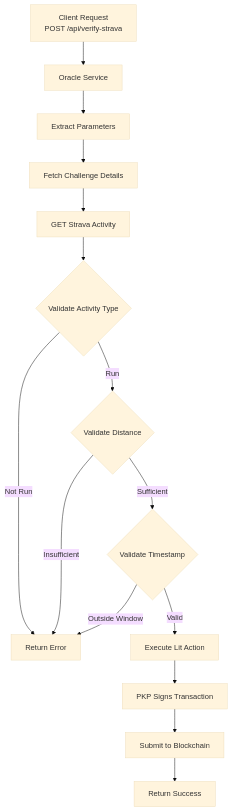
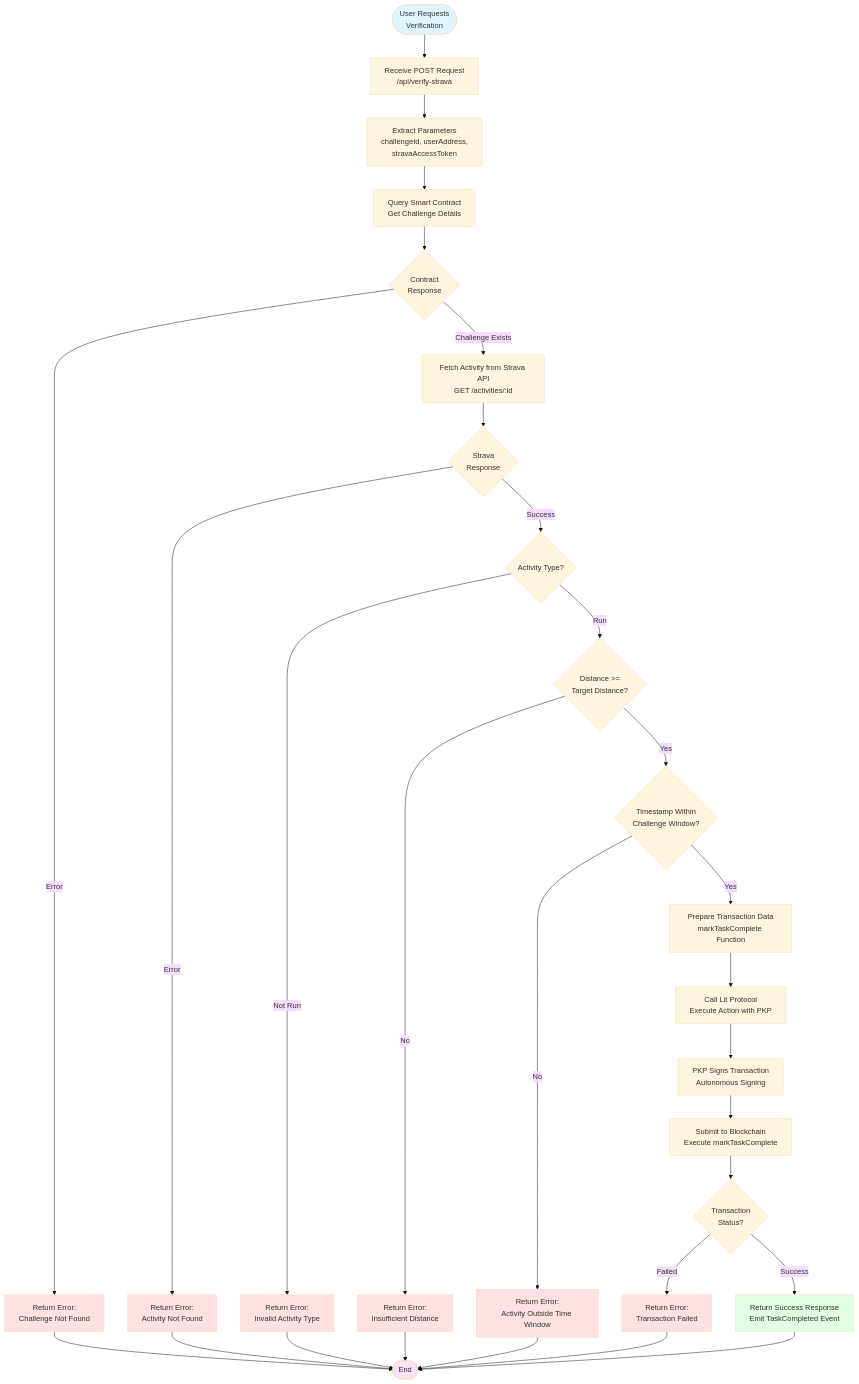
The fourth of 4 diagrams in README.md (Kushagra1122/fitStake), drawn with Mermaid (base theme) before and after one commit. The commit also changed other lines of this file, not shown here.

````diff
--- a/README.md
+++ b/README.md
@@ -766,17 +879,56 @@
 ```mermaid
 flowchart TD
-    A[Client Request<br/>POST /api/verify-strava] --> B[Oracle Service]
-    B --> C[Extract Parameters]
-    C --> D[Fetch Challenge Details]
-    D --> E[GET Strava Activity]
-    E --> F{Validate Activity Type}
-    F -->|Not Run| G[Return Error]
-    F -->|Run| H{Validate Distance}
-    H -->|Insufficient| G
-    H -->|Sufficient| I{Validate Timestamp}
-    I -->|Outside Window| G
-    I -->|Valid| J[Execute Lit Action]
-    J --> K[PKP Signs Transaction]
-    K --> L[Submit to Blockchain]
-    L --> M[Return Success]
+    Start([User Requests<br/>Verification]) --> Request[Receive POST Request<br/>/api/verify-strava]
+    
+    Request --> Extract[Extract Parameters<br/>challengeId, userAddress,<br/>stravaAccessToken]
+    
+    Extract --> GetContract[Query Smart Contract<br/>Get Challenge Details]
+    
+    GetContract --> ContractData{Contract<br/>Response}
+    
+    ContractData -->|Challenge Exists| FetchStrava[Fetch Activity from Strava API<br/>GET /activities/:id]
+    ContractData -->|Error| Error1[Return Error:<br/>Challenge Not Found]
+    
+    FetchStrava --> StravaData{Strava<br/>Response}
+    
+    StravaData -->|Success| ValidateType{Activity Type?}
+    StravaData -->|Error| Error2[Return Error:<br/>Activity Not Found]
+    
+    ValidateType -->|Not Run| Error3[Return Error:<br/>Invalid Activity Type]
+    ValidateType -->|Run| ValidateDistance{Distance >=<br/>Target Distance?}
+    
+    ValidateDistance -->|No| Error4[Return Error:<br/>Insufficient Distance]
+    ValidateDistance -->|Yes| ValidateTime{Timestamp Within<br/>Challenge Window?}
+    
+    ValidateTime -->|No| Error5[Return Error:<br/>Activity Outside Time Window]
+    ValidateTime -->|Yes| PrepareTX[Prepare Transaction Data<br/>markTaskComplete Function]
+    
+    PrepareTX --> CallLit[Call Lit Protocol<br/>Execute Action with PKP]
+    
+    CallLit --> PKPSign[PKP Signs Transaction<br/>Autonomous Signing]
+    
+    PKPSign --> SubmitTx[Submit to Blockchain<br/>Execute markTaskComplete]
+    
+    SubmitTx --> TxStatus{Transaction<br/>Status?}
+    
+    TxStatus -->|Success| Success[Return Success Response<br/>Emit TaskCompleted Event]
+    TxStatus -->|Failed| Error6[Return Error:<br/>Transaction Failed]
+    
+    Error1 --> End([End])
+    Error2 --> End
+    Error3 --> End
+    Error4 --> End
+    Error5 --> End
+    Error6 --> End
+    Success --> End
+    
+    style Start fill:#e1f5ff
+    style End fill:#ffe1f5
+    style Success fill:#e1ffe1
+    style Error1 fill:#ffe1e1
+    style Error2 fill:#ffe1e1
+    style Error3 fill:#ffe1e1
+    style Error4 fill:#ffe1e1
+    style Error5 fill:#ffe1e1
+    style Error6 fill:#ffe1e1
 ```
````
